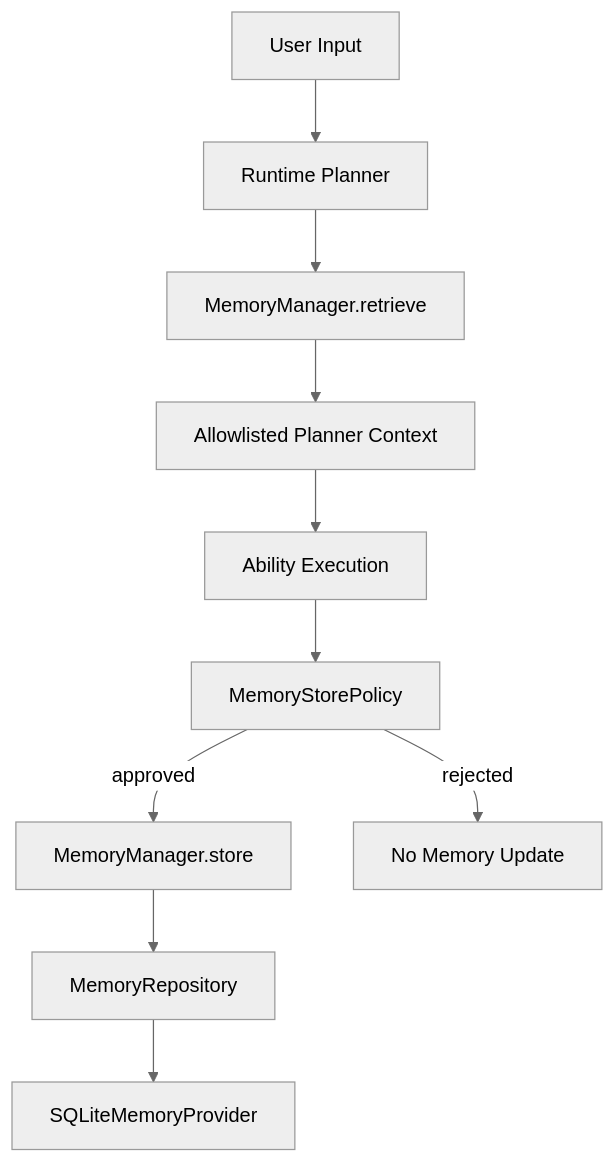
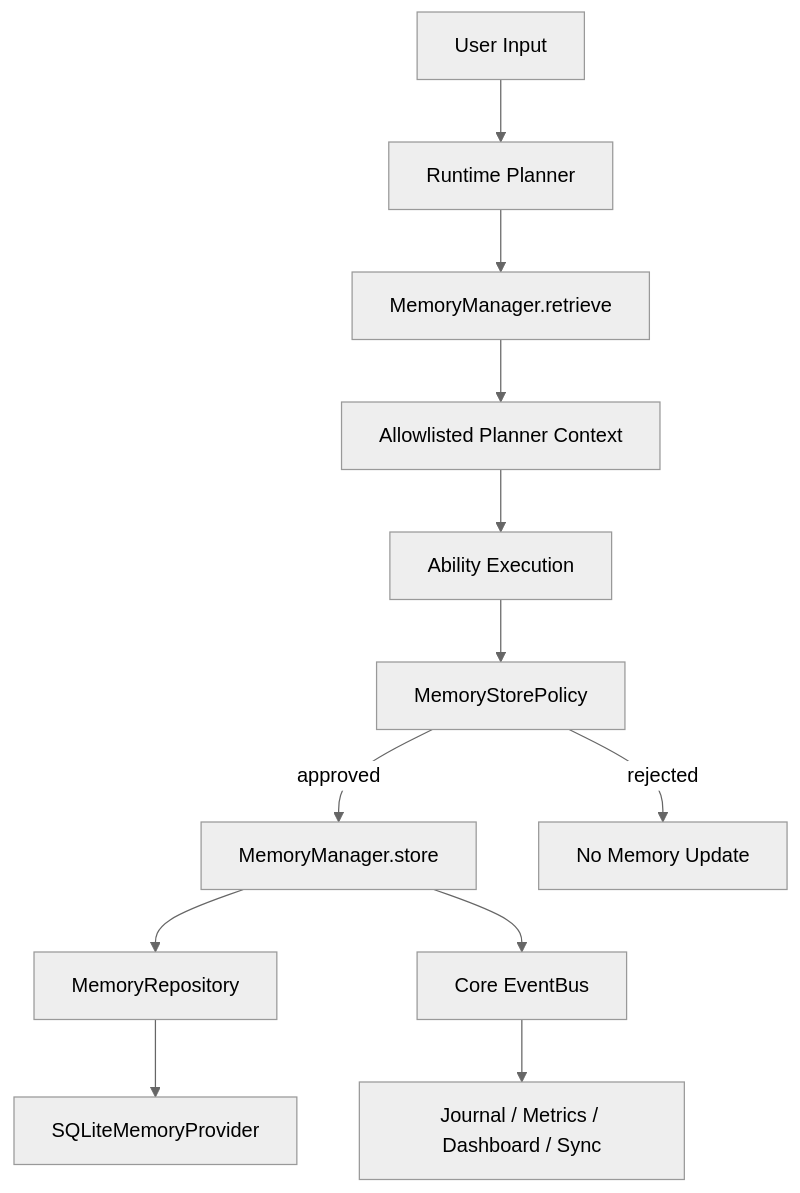
One commit to Chriskang1512/Jarvis changed the diagram in docs/architecture/memory-system.md. Above: the diagram before and after it, drawn with Mermaid (neutral theme). The commit also changed other lines of this file and 8 other files, not shown here.

````diff
--- a/docs/architecture/memory-system.md
+++ b/docs/architecture/memory-system.md
@@ -6,12 +6,14 @@
 ```mermaid
 flowchart TD
     INPUT["User Input"] --> PLANNER["Runtime Planner"]
     PLANNER --> RETRIEVE["MemoryManager.retrieve"]
     RETRIEVE --> POLICY_INPUT["Allowlisted Planner Context"]
     POLICY_INPUT --> ABILITY["Ability Execution"]
     ABILITY --> POLICY["MemoryStorePolicy"]
     POLICY -->|approved| STORE["MemoryManager.store"]
     POLICY -->|rejected| DROP["No Memory Update"]
     STORE --> REPOSITORY["MemoryRepository"]
     REPOSITORY --> SQLITE["SQLiteMemoryProvider"]
+    STORE --> EVENTS["Core EventBus"]
+    EVENTS --> OBSERVERS["Journal / Metrics / Dashboard / Sync"]
 ```
````
